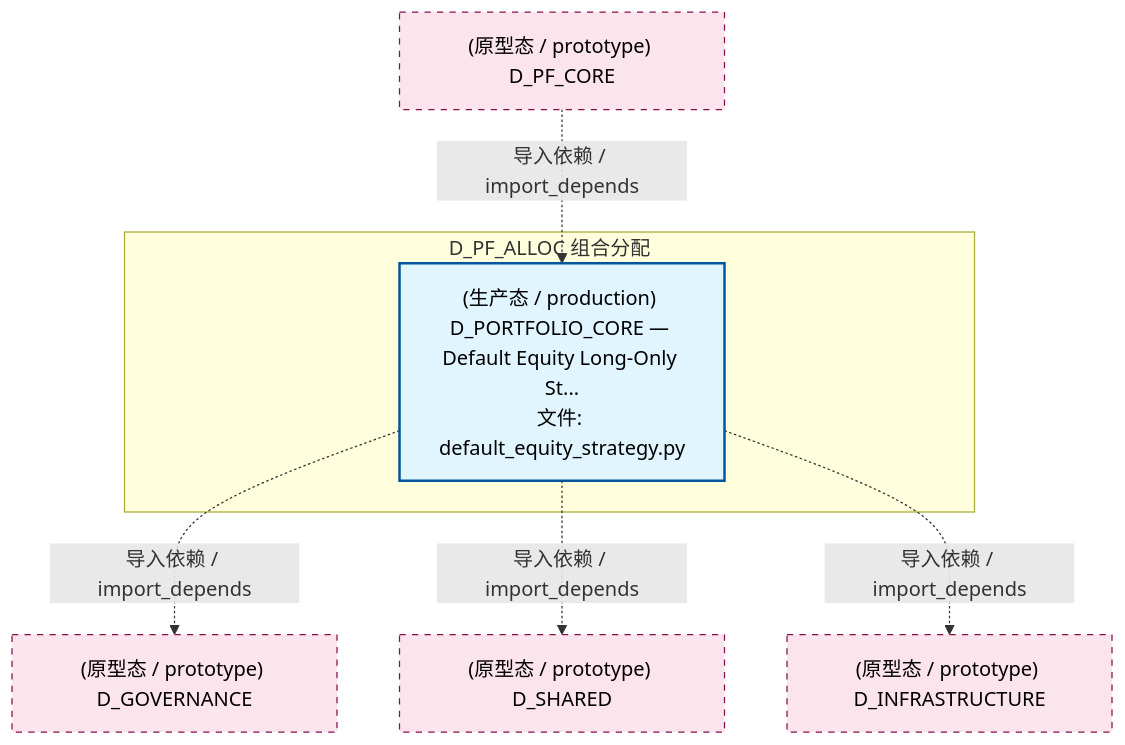
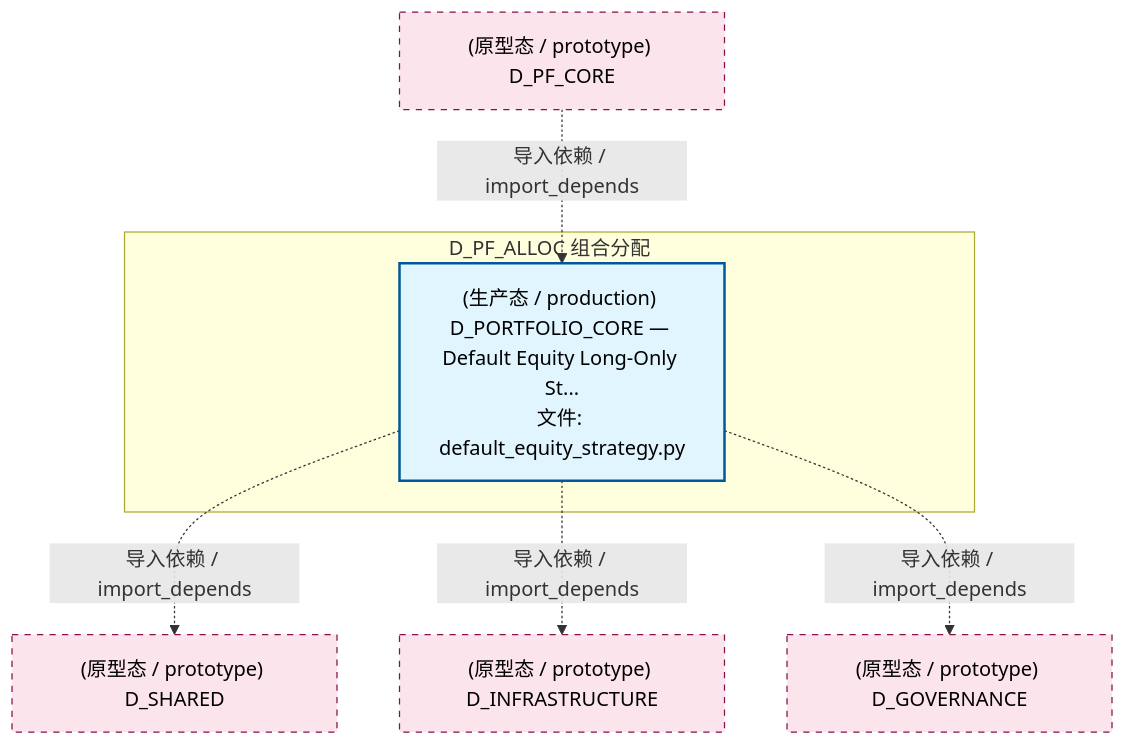
Before and after one commit to xuanFelixVan/ZephyrAlpha: the second of 5 diagrams in docs/02_enterprise_architecture/02_domain_architecture_docs/51_d_pf_alloc.md, drawn with Mermaid. The commit also changed other lines of this file and 124 other files, not shown here.

````diff
--- a/docs/02_enterprise_architecture/02_domain_architecture_docs/51_d_pf_alloc.md
+++ b/docs/02_enterprise_architecture/02_domain_architecture_docs/51_d_pf_alloc.md
@@ -106,20 +106,20 @@
 ```mermaid
 graph TD
     subgraph D_PF_ALLOC["D_PF_ALLOC 组合分配"]
         src_zephyr_pf_core_default_equity_strategy_py["(生产态 / production) D_PORTFOLIO_CORE — Default Equity Long-Only St...<br/>文件: default_equity_strategy.py"]
     end
-    D_GOVERNANCE["(原型态 / prototype) D_GOVERNANCE"]
-    src_zephyr_pf_core_default_equity_strategy_py -.->|导入依赖 / import_depends| D_GOVERNANCE
     D_SHARED["(原型态 / prototype) D_SHARED"]
     src_zephyr_pf_core_default_equity_strategy_py -.->|导入依赖 / import_depends| D_SHARED
     D_INFRASTRUCTURE["(原型态 / prototype) D_INFRASTRUCTURE"]
     src_zephyr_pf_core_default_equity_strategy_py -.->|导入依赖 / import_depends| D_INFRASTRUCTURE
+    D_GOVERNANCE["(原型态 / prototype) D_GOVERNANCE"]
+    src_zephyr_pf_core_default_equity_strategy_py -.->|导入依赖 / import_depends| D_GOVERNANCE
     D_PF_CORE["(原型态 / prototype) D_PF_CORE"]
     D_PF_CORE -.->|导入依赖 / import_depends| src_zephyr_pf_core_default_equity_strategy_py
     classDef production fill:#e1f5fe,stroke:#01579b,stroke-width:2px,color:#000
     classDef design fill:#fff3e0,stroke:#e65100,stroke-width:2px,color:#000,stroke-dasharray: 5 5
     classDef external_prod fill:#e8f5e9,stroke:#1b5e20,stroke-width:1px,color:#000
     classDef external_design fill:#fce4ec,stroke:#880e4f,stroke-width:1px,color:#000,stroke-dasharray: 5 5
     class src_zephyr_pf_core_default_equity_strategy_py production
-    class D_GOVERNANCE,D_SHARED,D_INFRASTRUCTURE,D_PF_CORE external_design
+    class D_SHARED,D_INFRASTRUCTURE,D_GOVERNANCE,D_PF_CORE external_design
 ```
````
